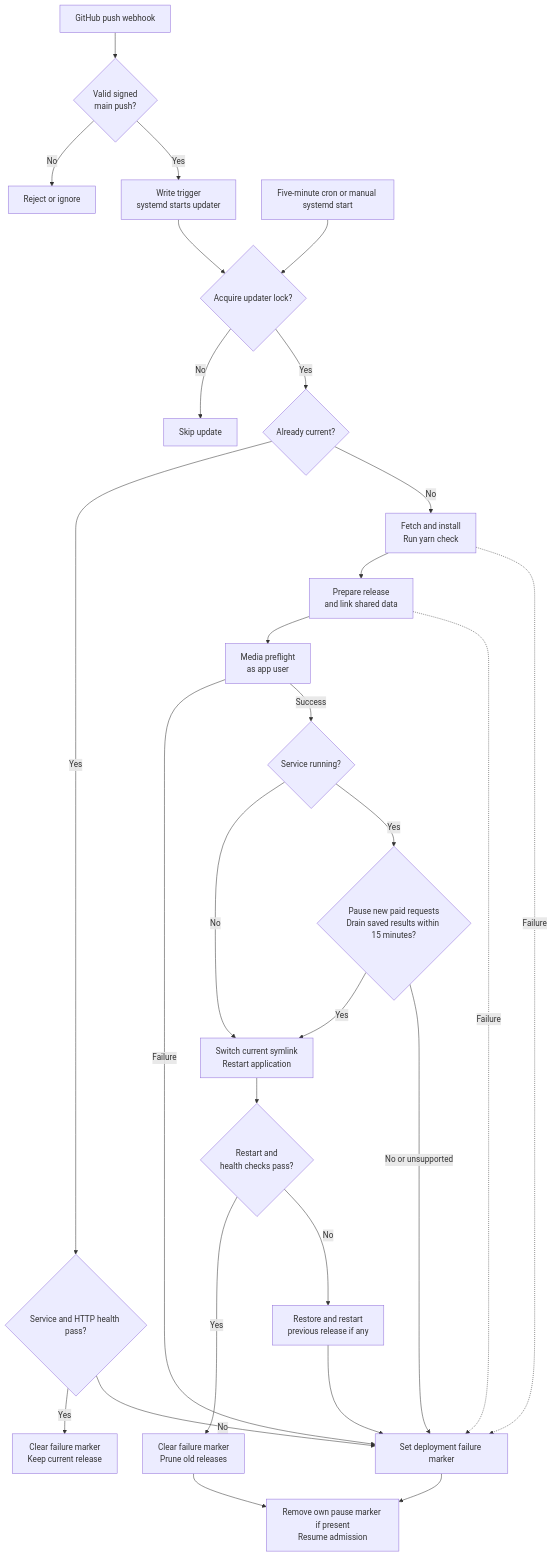
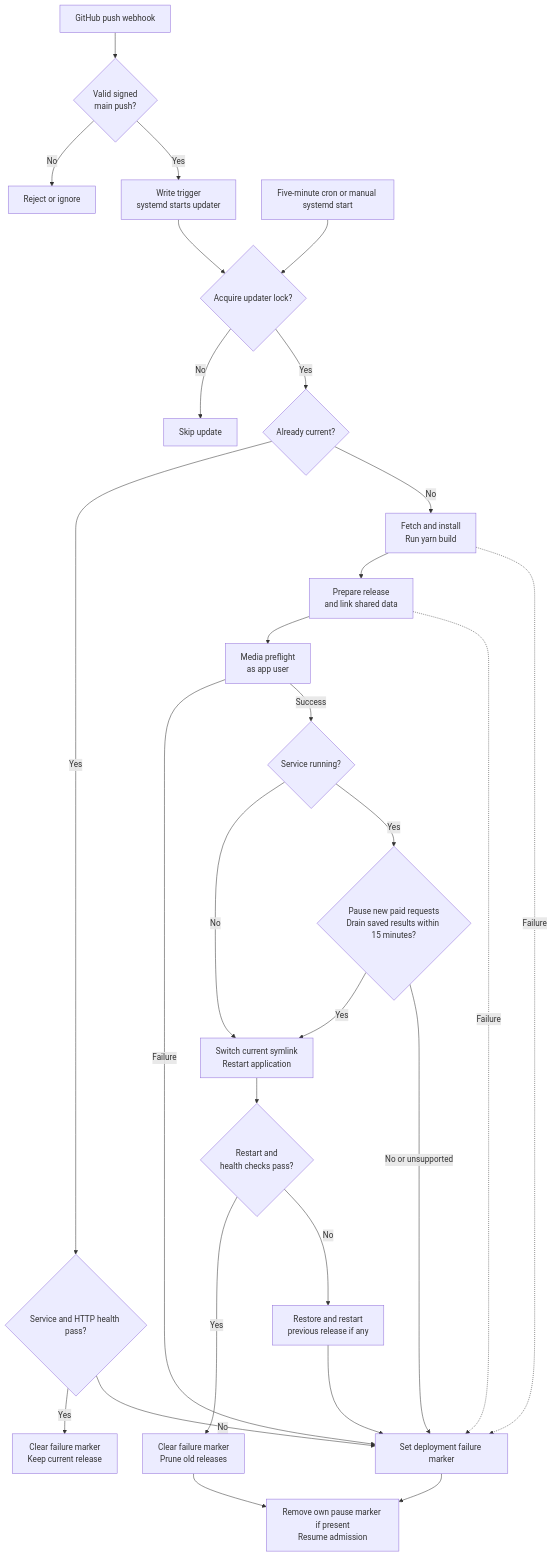
Before and after one commit to rogierslag/podcast2article: the sixth of 6 diagrams in docs/SERVICE-FLOWS.md, drawn with Mermaid. The commit also changed other lines of this file and 6 other files, not shown here.

````diff
--- a/docs/SERVICE-FLOWS.md
+++ b/docs/SERVICE-FLOWS.md
@@ -253,30 +254,30 @@
 ```mermaid
 flowchart TD
     Push["GitHub push webhook"] --> Verify{"Valid signed<br/>main push?"}
     Verify -->|No| Ignore["Reject or ignore"]
     Verify -->|Yes| Trigger["Write trigger<br/>systemd starts updater"]
     Daily["Five-minute cron or manual systemd start"] --> Lock
     Trigger --> Lock{"Acquire updater lock?"}
     Lock -->|No| Skip["Skip update"]
     Lock -->|Yes| Revision{"Already current?"}
     Revision -->|Yes| Existing{"Service and HTTP health pass?"}
     Existing -->|Yes| Clear["Clear failure marker<br/>Keep current release"]
     Existing -->|No| Mark["Set deployment failure marker"]
-    Revision -->|No| Build["Fetch and install<br/>Run yarn check"]
+    Revision -->|No| Build["Fetch and install<br/>Run yarn build"]
     Build --> Release["Prepare release<br/>and link shared data"]
     Release --> Media["Media preflight<br/>as app user"]
     Build -.->|Failure| Mark
     Release -.->|Failure| Mark
     Media -->|Failure| Mark
     Media -->|Success| Running{"Service running?"}
     Running -->|No| Activate["Switch current symlink<br/>Restart application"]
     Running -->|Yes| Drain{"Pause new paid requests<br/>Drain saved results within 15 minutes?"}
     Drain -->|Yes| Activate
     Drain -->|No or unsupported| Mark
     Activate --> Health{"Restart and<br/>health checks pass?"}
     Health -->|Yes| Success["Clear failure marker<br/>Prune old releases"]
     Health -->|No| Rollback["Restore and restart<br/>previous release if any"]
     Rollback --> Mark
     Success --> Resume["Remove own pause marker if present<br/>Resume admission"]
     Mark --> Resume
 ```
````
